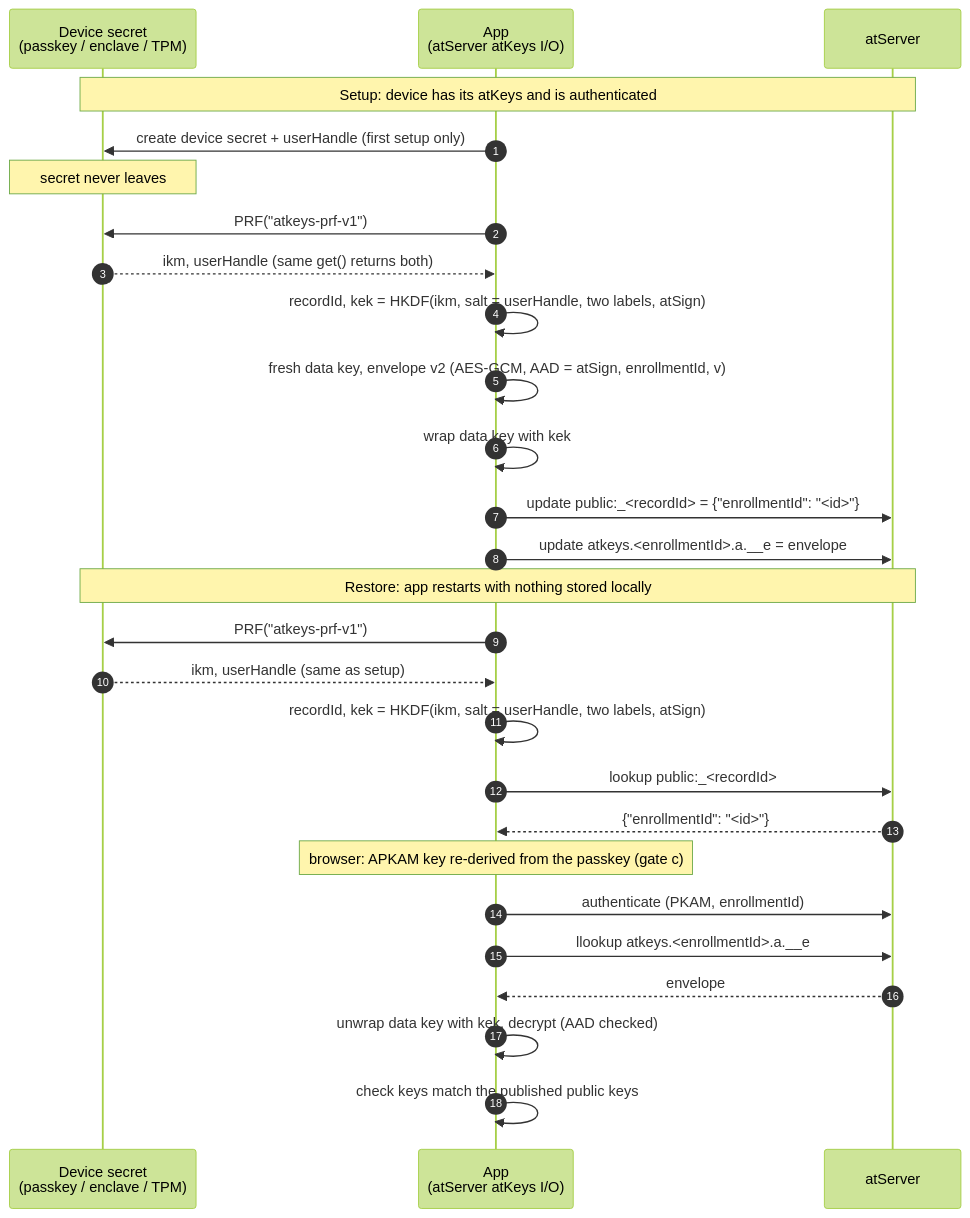
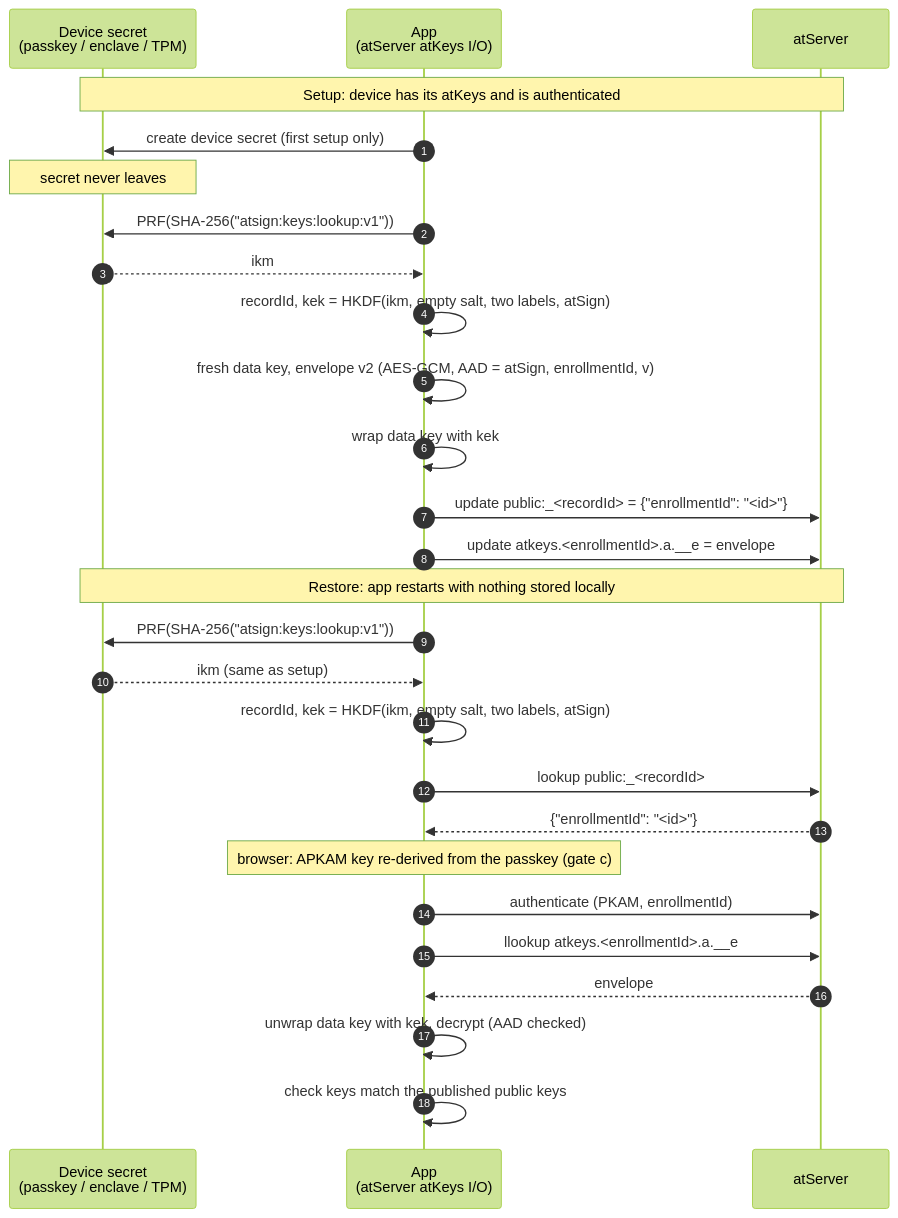
One commit to atsign-foundation/at_client_sdk changed the diagram in docs/projects/key-sources/prf-server-keys-blob.md. Above: the diagram before and after it, drawn with Mermaid (forest theme). The commit also changed other lines of this file and 4 other files, not shown here.

First line of the commit message:
docs: passkey HKDF labels and salt in the docs follow the code

````diff
--- a/docs/projects/key-sources/prf-server-keys-blob.md
+++ b/docs/projects/key-sources/prf-server-keys-blob.md
@@ -97,31 +100,31 @@
 ```mermaid
 sequenceDiagram
     autonumber
     participant S as Device secret<br/>(passkey / enclave / TPM)
     participant A as App<br/>(atServer atKeys I/O)
     participant AS as atServer
 
     Note over S,AS: Setup: device has its atKeys and is authenticated
-    A->>S: create device secret + userHandle (first setup only)
+    A->>S: create device secret (first setup only)
     Note over S: secret never leaves
-    A->>S: PRF("atkeys-prf-v1")
-    S-->>A: ikm, userHandle (same get() returns both)
-    A->>A: recordId, kek = HKDF(ikm, salt = userHandle, two labels, atSign)
+    A->>S: PRF(SHA-256("atsign:keys:lookup:v1"))
+    S-->>A: ikm
+    A->>A: recordId, kek = HKDF(ikm, empty salt, two labels, atSign)
     A->>A: fresh data key, envelope v2 (AES-GCM, AAD = atSign, enrollmentId, v)
     A->>A: wrap data key with kek
     A->>AS: update public:_<recordId> = {"enrollmentId": "<id>"}
     A->>AS: update atkeys.<enrollmentId>.a.__e = envelope
 
     Note over S,AS: Restore: app restarts with nothing stored locally
-    A->>S: PRF("atkeys-prf-v1")
-    S-->>A: ikm, userHandle (same as setup)
-    A->>A: recordId, kek = HKDF(ikm, salt = userHandle, two labels, atSign)
+    A->>S: PRF(SHA-256("atsign:keys:lookup:v1"))
+    S-->>A: ikm (same as setup)
+    A->>A: recordId, kek = HKDF(ikm, empty salt, two labels, atSign)
     A->>AS: lookup public:_<recordId>
     AS-->>A: {"enrollmentId": "<id>"}
     Note over A: browser: APKAM key re-derived from the passkey (gate c)
     A->>AS: authenticate (PKAM, enrollmentId)
     A->>AS: llookup atkeys.<enrollmentId>.a.__e
     AS-->>A: envelope
     A->>A: unwrap data key with kek, decrypt (AAD checked)
     A->>A: check keys match the published public keys
 ```
````
